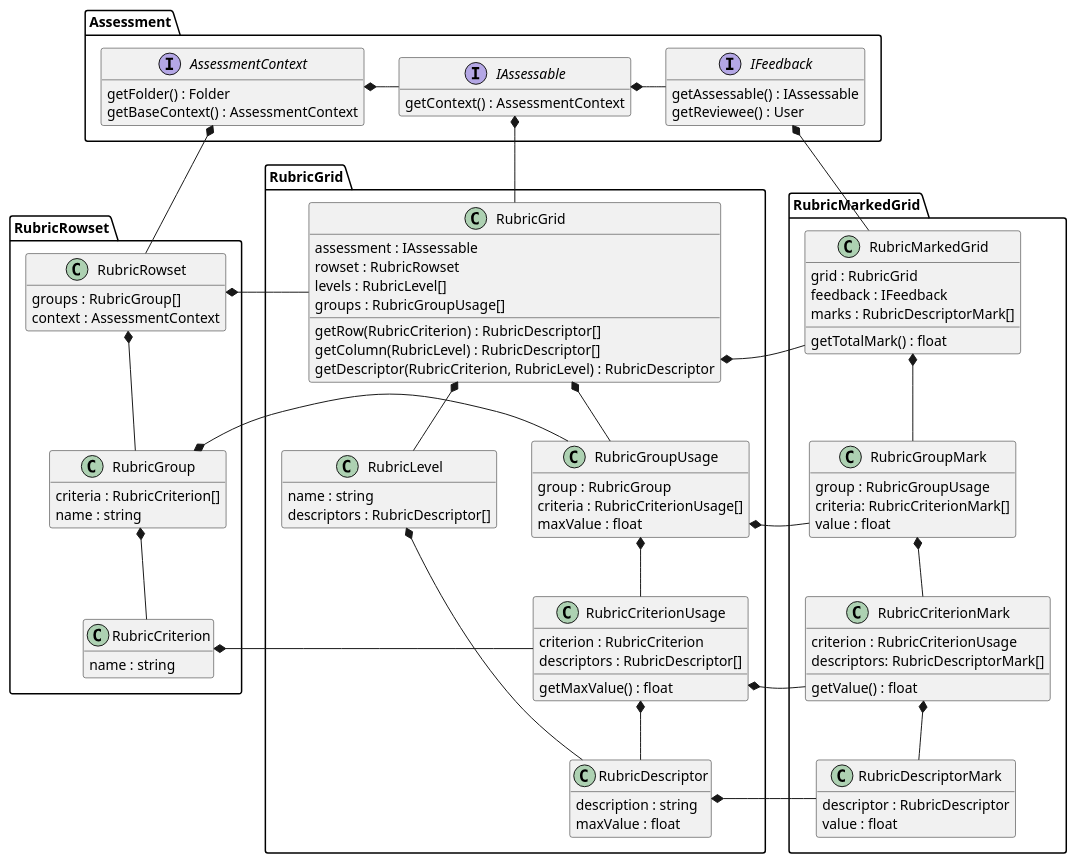
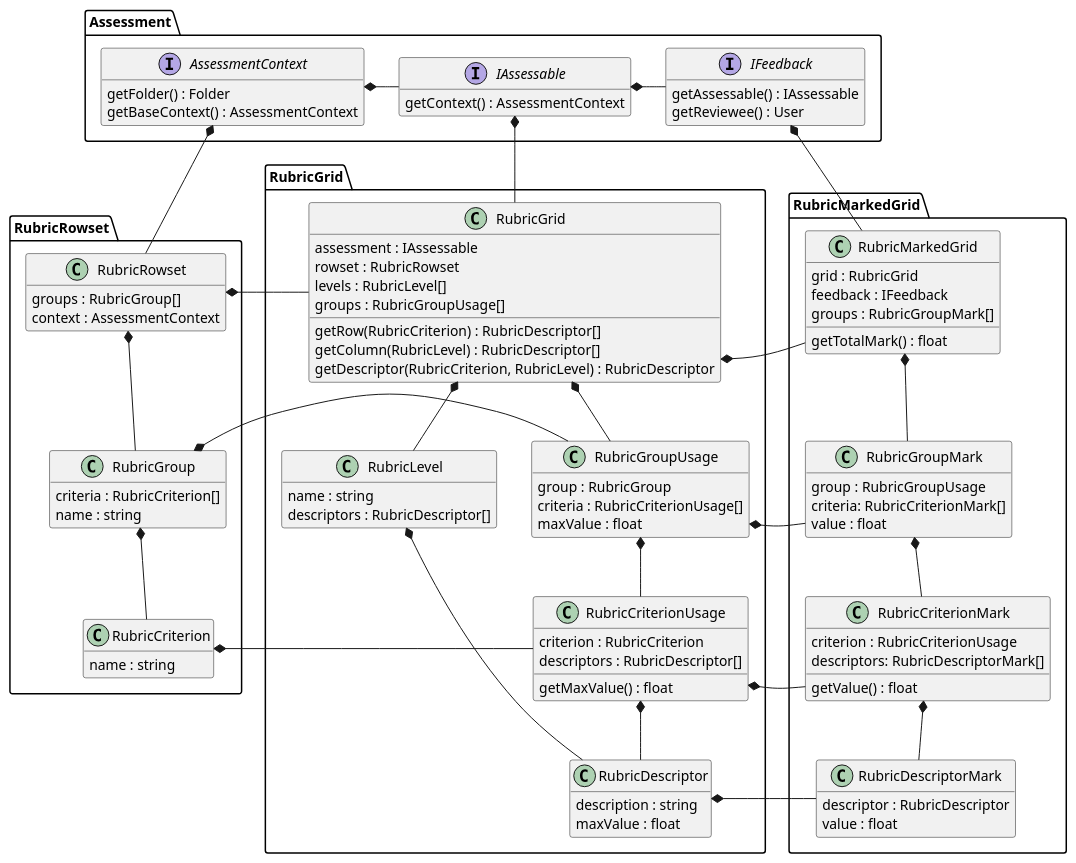
One commit to juliaattrevisan/schoolbox-api-docs changed the diagram in library/Schoolbox/Assessment/Rubric/Rubric.plantuml. Above: the diagram before and after it, drawn with PlantUML.

Commit message:
Replace descriptor marks with group marks [SA-7281]

```diff
--- a/library/Schoolbox/Assessment/Rubric/Rubric.plantuml
+++ b/library/Schoolbox/Assessment/Rubric/Rubric.plantuml
@@ -1,146 +1,146 @@
 @startuml
 
 hide empty fields
 hide empty methods
 
 namespace Assessment {
 
     interface AssessmentContext {
         getFolder() : Folder
         getBaseContext() : AssessmentContext
     }
 
     interface IAssessable {
         getContext() : AssessmentContext
     }
 
     interface IFeedback {
         getAssessable() : IAssessable
         getReviewee() : User
     }
 
     ' internal relations
     AssessmentContext *-r- IAssessable
     IAssessable *-r- IFeedback
 }
 
 
 namespace RubricRowset {
 
     class RubricRowset {
         groups : RubricGroup[]
         context : AssessmentContext
     }
 
     class RubricGroup {
         criteria : RubricCriterion[]
         name : string
     }
 
     class RubricCriterion {
         name : string
     }
 
     ' internal relations
     RubricRowset *-d- RubricGroup
     RubricGroup *-d- RubricCriterion
 
     ' relation to Assessment
     Assessment.AssessmentContext *-d- RubricRowset
 }
 
 
 namespace RubricGrid {
 
     class RubricGrid {
         assessment : IAssessable
         rowset : RubricRowset
         levels : RubricLevel[]
         groups : RubricGroupUsage[]
         getRow(RubricCriterion) : RubricDescriptor[]
         getColumn(RubricLevel) : RubricDescriptor[]
         getDescriptor(RubricCriterion, RubricLevel) : RubricDescriptor
     }
 
     class RubricGroupUsage {
         group : RubricGroup
         criteria : RubricCriterionUsage[]
         maxValue : float
     }
 
     class RubricCriterionUsage {
         criterion : RubricCriterion
         descriptors : RubricDescriptor[]
         getMaxValue() : float
     }
 
     class RubricLevel {
         name : string
         descriptors : RubricDescriptor[]
     }
 
     class RubricDescriptor {
         description : string
         maxValue : float
     }
 
     ' internal relations
     RubricGrid *-d- RubricGroupUsage
     RubricGroupUsage *-d- RubricCriterionUsage
     RubricCriterionUsage *-d- RubricDescriptor
     RubricGrid *-d- RubricLevel
     RubricLevel *-r- RubricDescriptor
     RubricLevel *-[hidden]r- RubricGroupUsage
 
     ' relation to Assessment
     Assessment.IAssessable *-d- RubricGrid
 
     ' relation to RubricRowset
     RubricGrid -l-* RubricRowset.RubricRowset
     RubricGroupUsage -l-* RubricRowset.RubricGroup
     RubricCriterionUsage -l-* RubricRowset.RubricCriterion
 }
 
 
 namespace RubricMarkedGrid {
 
     class RubricMarkedGrid {
         grid : RubricGrid
         feedback : IFeedback
-        marks : RubricDescriptorMark[]
+        groups : RubricGroupMark[]
         getTotalMark() : float
     }
 
     class RubricGroupMark {
         group : RubricGroupUsage
         criteria: RubricCriterionMark[]
         value : float
     }
 
     class RubricCriterionMark {
         criterion : RubricCriterionUsage
         descriptors: RubricDescriptorMark[]
         getValue() : float
     }
 
     class RubricDescriptorMark {
         descriptor : RubricDescriptor
         value : float
     }
 
     ' internal relations
     RubricMarkedGrid *-d- RubricGroupMark
     RubricGroupMark *-d- RubricCriterionMark
     RubricCriterionMark *-d- RubricDescriptorMark
 
     ' relation to Assessment
     Assessment.IFeedback *-d- RubricMarkedGrid
 
     ' relation to RubricGrid
     RubricMarkedGrid -l-* RubricGrid.RubricGrid
     RubricGroupMark -l-* RubricGrid.RubricGroupUsage
     RubricCriterionMark -l-* RubricGrid.RubricCriterionUsage
     RubricDescriptorMark -l-* RubricGrid.RubricDescriptor
 }
 
 @enduml
```
